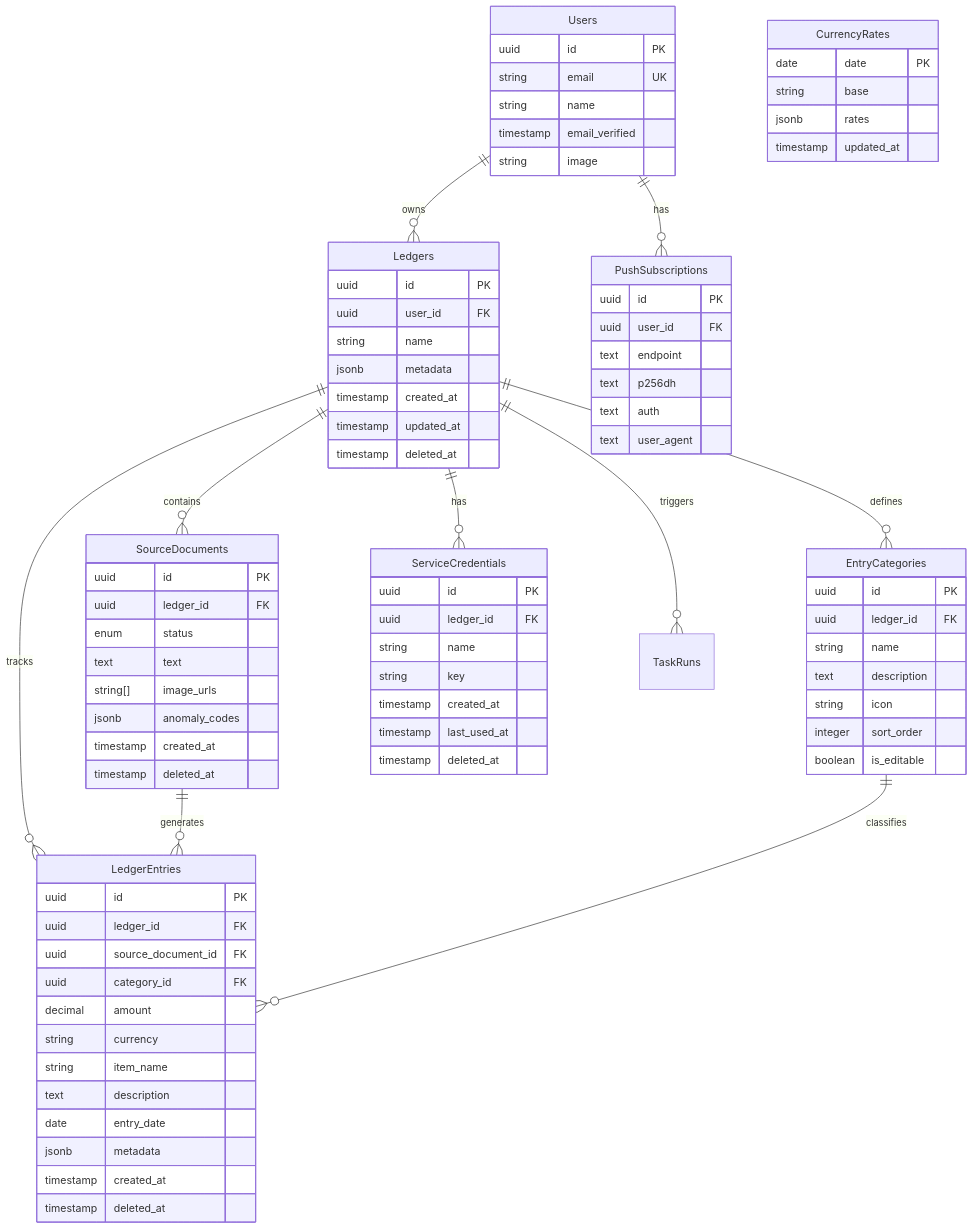
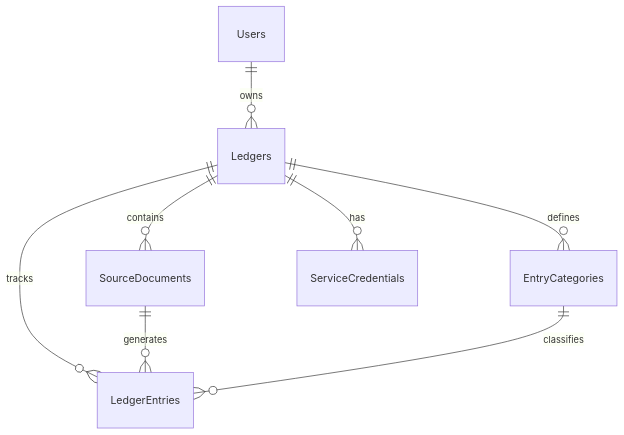
Before and after one commit to Xiangyu-Labs/Cashier: the second of 3 diagrams in docs/PRD.md, drawn with Mermaid. The commit also changed other lines of this file, not shown here.

Commit message:
docs: update Product Requirements Document.

````diff
--- a/docs/PRD.md
+++ b/docs/PRD.md
@@ -496,92 +231,10 @@
 ```mermaid
 erDiagram
     Users ||--o{ Ledgers : owns
-    Users ||--o{ PushSubscriptions : has
     Ledgers ||--o{ SourceDocuments : contains
     Ledgers ||--o{ LedgerEntries : tracks
     Ledgers ||--o{ EntryCategories : defines
     Ledgers ||--o{ ServiceCredentials : has
-    Ledgers ||--o{ TaskRuns : triggers
     SourceDocuments ||--o{ LedgerEntries : generates
     EntryCategories ||--o{ LedgerEntries : classifies
-
-    Users {
-        uuid id PK
-        string email UK
-        string name
-        timestamp email_verified
-        string image
-    }
-
-    Ledgers {
-        uuid id PK
-        uuid user_id FK
-        string name
-        jsonb metadata
-        timestamp created_at
-        timestamp updated_at
-        timestamp deleted_at
-    }
-
-    SourceDocuments {
-        uuid id PK
-        uuid ledger_id FK
-        enum status
-        text text
-        string[] image_urls
-        jsonb anomaly_codes
-        timestamp created_at
-        timestamp deleted_at
-    }
-
-    LedgerEntries {
-        uuid id PK
-        uuid ledger_id FK
-        uuid source_document_id FK
-        uuid category_id FK
-        decimal amount
-        string currency
-        string item_name
-        text description
-        date entry_date
-        jsonb metadata
-        timestamp created_at
-        timestamp deleted_at
-    }
-
-    EntryCategories {
-        uuid id PK
-        uuid ledger_id FK
-        string name
-        text description
-        string icon
-        integer sort_order
-        boolean is_editable
-    }
-
-    CurrencyRates {
-        date date PK
-        string base
-        jsonb rates
-        timestamp updated_at
-    }
-
-    ServiceCredentials {
-        uuid id PK
-        uuid ledger_id FK
-        string name
-        string key
-        timestamp created_at
-        timestamp last_used_at
-        timestamp deleted_at
-    }
-
-    PushSubscriptions {
-        uuid id PK
-        uuid user_id FK
-        text endpoint
-        text p256dh
-        text auth
-        text user_agent
-    }
 ```
````
